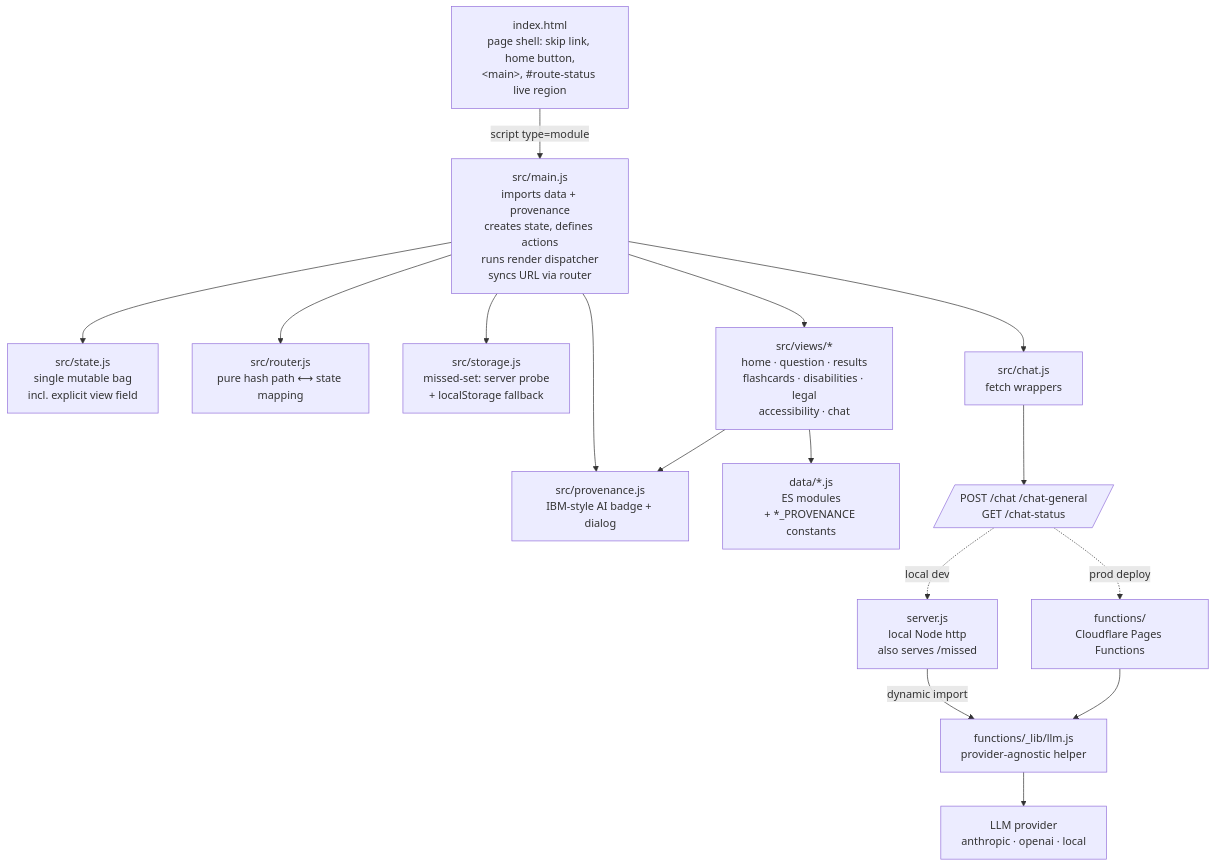
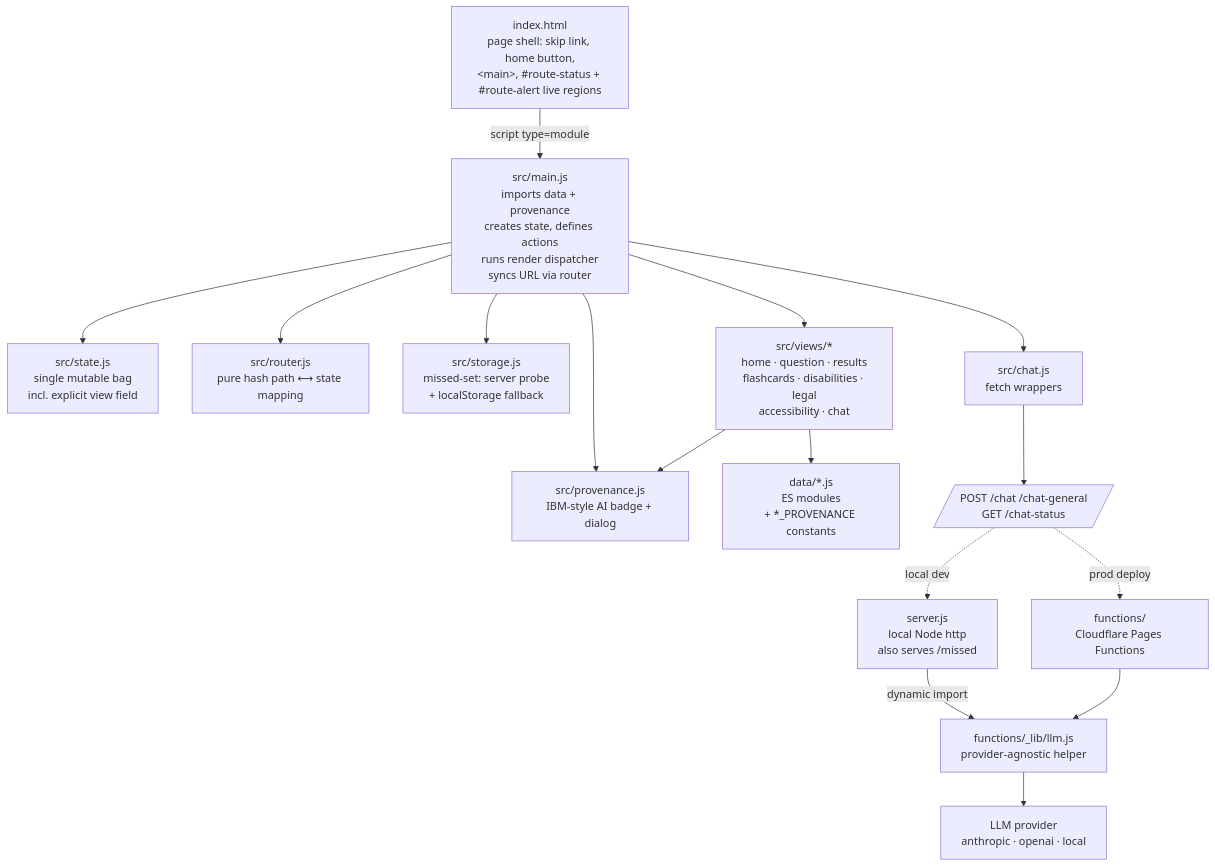
Before and after one commit to lucidsif/cpacc-exam-prep: the first of 4 diagrams in ARCHITECTURE.md, drawn with Mermaid. The commit also changed other lines of this file and 42 other files, not shown here.

````diff
--- a/ARCHITECTURE.md
+++ b/ARCHITECTURE.md
@@ -16,36 +16,36 @@
 ```mermaid
 graph TD
   accTitle: High-level architecture of the CPACC test-maker app
   accDescr: index.html loads main.js which imports data and provenance, creates state, and runs a render dispatcher. The dispatcher delegates to one of eight view modules based on the explicit state.view field, then syncs the URL hash via the router module so browser Back and Forward work. Views read from a shared state object and never mutate it directly — they invoke actions defined in main.js. The chat endpoints are served either by a local Node server or by Cloudflare Pages Functions. Both call the same shared helper, functions/_lib/llm.js, which forwards the request to the configured LLM provider: Anthropic, OpenAI, or a local OpenAI-compatible model server.
 
-  H[index.html<br/>page shell: skip link, home button,<br/>&lt;main&gt;, #route-status live region]
+  H[index.html<br/>page shell: skip link, home button,<br/>&lt;main&gt;, #route-status + #route-alert live regions]
   M[src/main.js<br/>imports data + provenance<br/>creates state, defines actions<br/>runs render dispatcher<br/>syncs URL via router]
   S[src/state.js<br/>single mutable bag<br/>incl. explicit view field]
   R[src/router.js<br/>pure hash path ⟷ state mapping]
   ST[src/storage.js<br/>missed-set: server probe<br/>+ localStorage fallback]
   P[src/provenance.js<br/>IBM-style AI badge + dialog]
   V[src/views/*<br/>home · question · results<br/>flashcards · disabilities · legal<br/>accessibility · chat]
   D[data/*.js<br/>ES modules<br/>+ *_PROVENANCE constants]
   CL[src/chat.js<br/>fetch wrappers]
   SRV[/POST /chat /chat-general<br/>GET /chat-status/]
   LN[server.js<br/>local Node http<br/>also serves /missed]
   CF[functions/<br/>Cloudflare Pages Functions]
   LLM[functions/_lib/llm.js<br/>provider-agnostic helper]
   A[LLM provider<br/>anthropic · openai · local]
 
   H -->|script type=module| M
   M --> S
   M --> R
   M --> ST
   M --> P
   M --> V
   M --> CL
   V --> D
   V --> P
   CL --> SRV
   SRV -.->|local dev| LN
   SRV -.->|prod deploy| CF
   LN -->|dynamic import| LLM
   CF --> LLM
   LLM --> A
 ```
````
